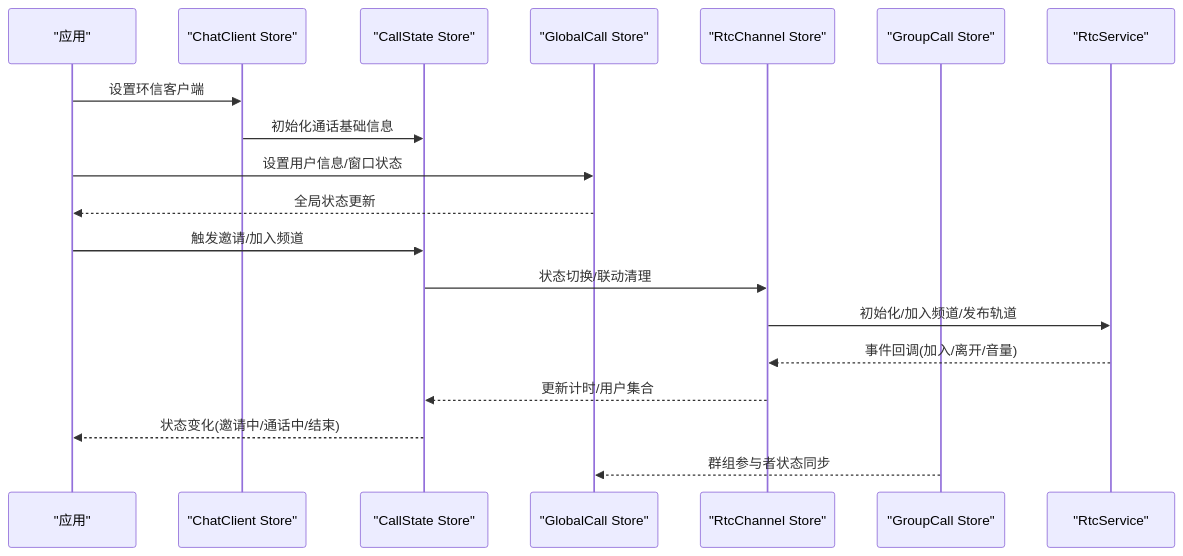
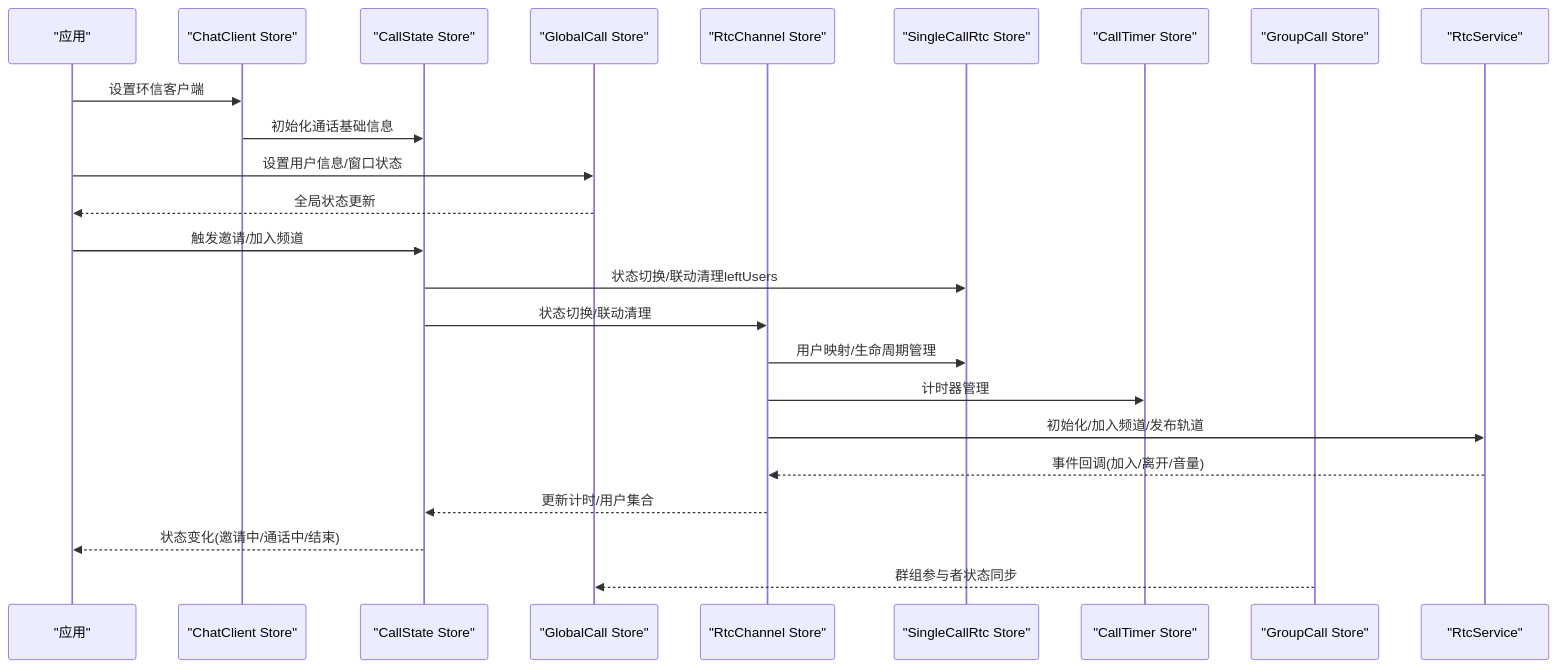
The second of 4 diagrams in .qoder/repowiki/zh/content/状态管理/状态管理.md (Easemob-Community/easemob-uikit-callkit-vue3), drawn with Mermaid before and after one commit. The commit also changed other lines of this file and 58 other files, not shown here.

````diff
--- a/.qoder/repowiki/zh/content/状态管理/状态管理.md
+++ b/.qoder/repowiki/zh/content/状态管理/状态管理.md
@@ -113,21 +138,26 @@
 ```mermaid
 sequenceDiagram
 participant App as "应用"
 participant CC as "ChatClient Store"
 participant CS as "CallState Store"
 participant GC as "GlobalCall Store"
 participant RC as "RtcChannel Store"
+participant SCR as "SingleCallRtc Store"
+participant CTS as "CallTimer Store"
 participant GCS as "GroupCall Store"
 participant RS as "RtcService"
 App->>CC : 设置环信客户端
 CC->>CS : 初始化通话基础信息
 App->>GC : 设置用户信息/窗口状态
 GC-->>App : 全局状态更新
 App->>CS : 触发邀请/加入频道
+CS->>SCR : 状态切换/联动清理leftUsers
 CS->>RC : 状态切换/联动清理
+RC->>SCR : 用户映射/生命周期管理
+RC->>CTS : 计时器管理
 RC->>RS : 初始化/加入频道/发布轨道
 RS-->>RC : 事件回调(加入/离开/音量)
 RC-->>CS : 更新计时/用户集合
 CS-->>App : 状态变化(邀请中/通话中/结束)
 GCS-->>GC : 群组参与者状态同步
 ```
````
